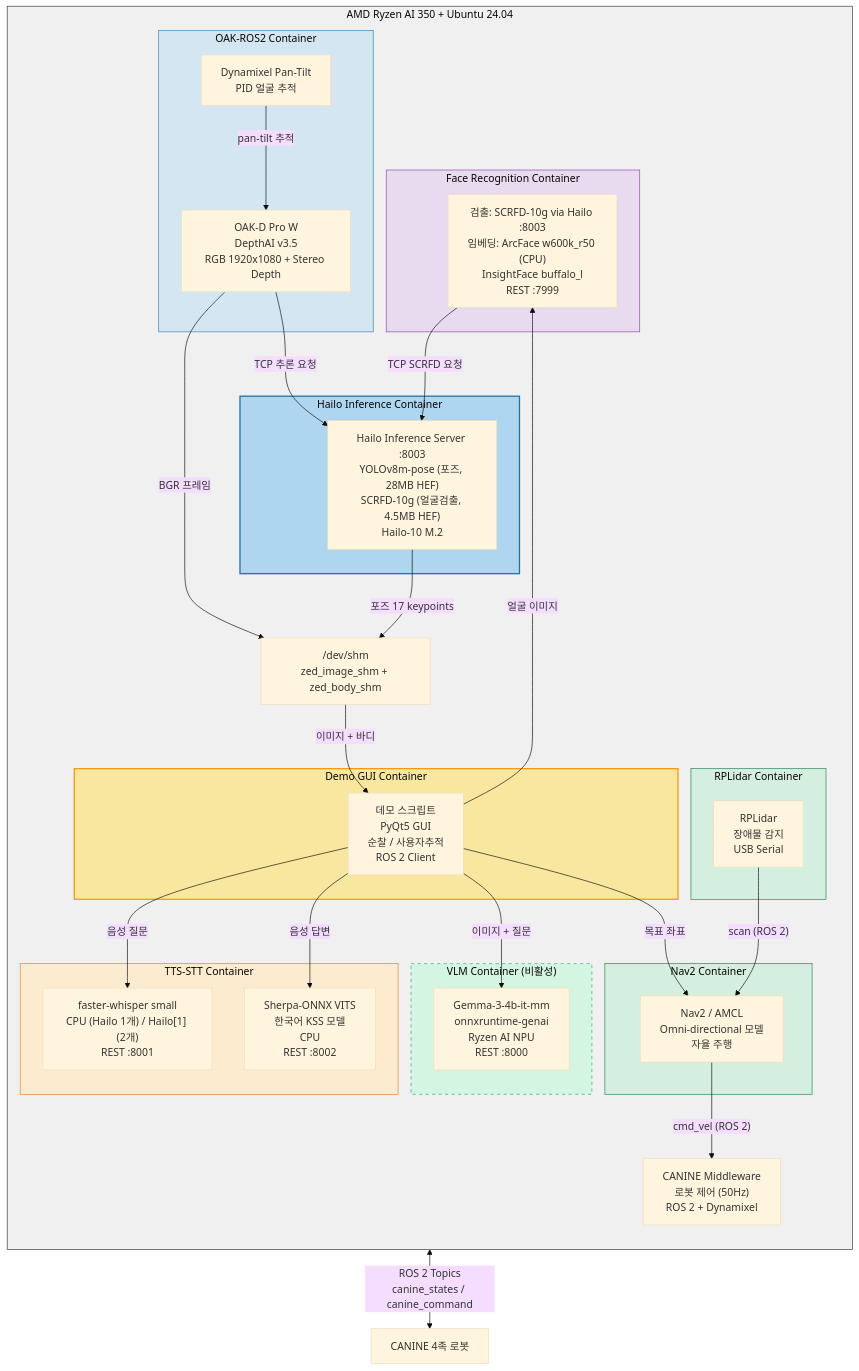
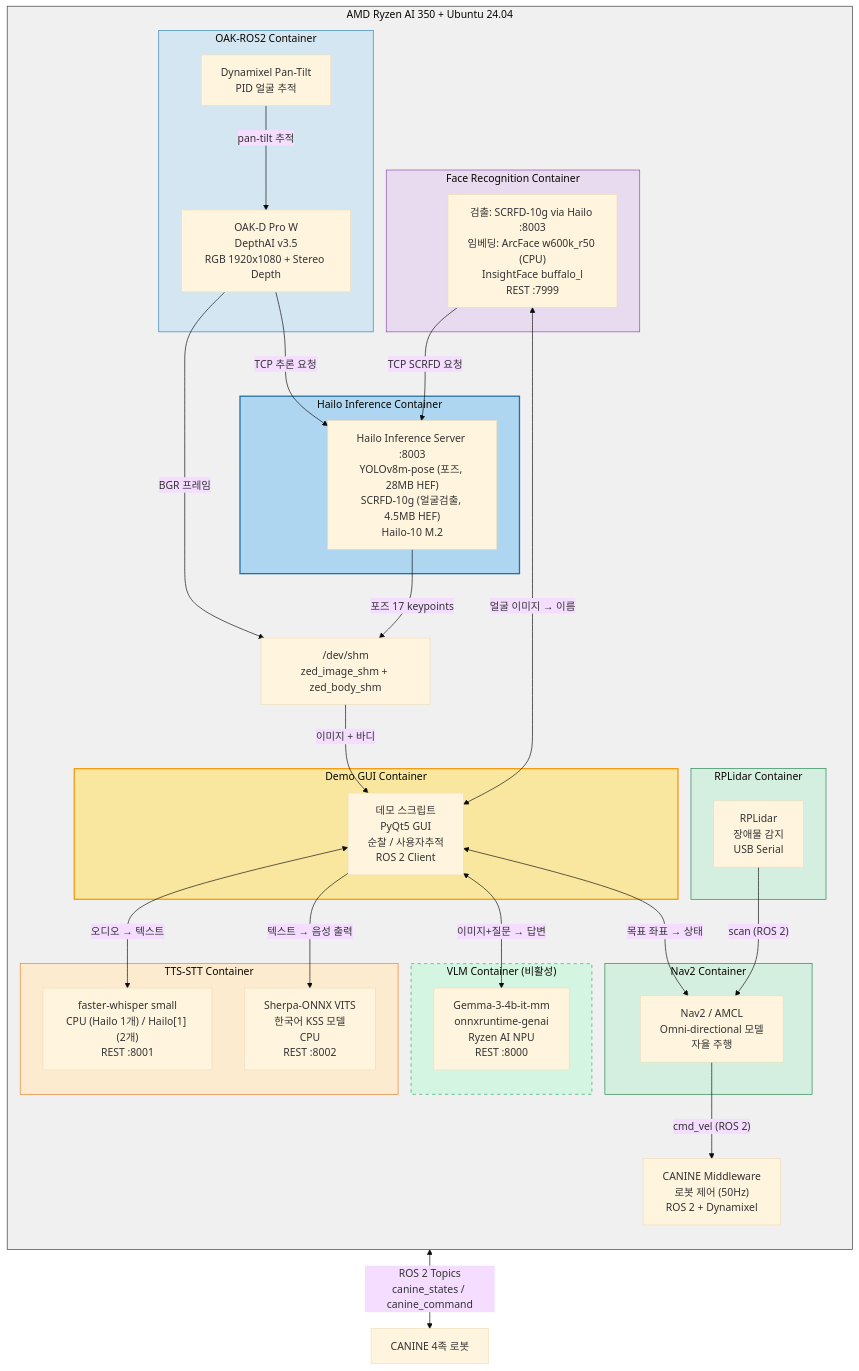
One commit to ETRI-OAC/ETRI-OAC-DEMO changed the diagram in README.md. Above: the diagram before and after it, drawn with Mermaid (base theme).

Commit message:
Fix diagram: show bidirectional data flow for STT, VLM, Face, Nav2

````diff
--- a/README.md
+++ b/README.md
@@ -5,71 +5,71 @@
 ```mermaid
 graph TB
     subgraph HOST["AMD Ryzen AI 350 + Ubuntu 24.04"]
         direction TB
 
         subgraph OAK["OAK-ROS2 Container"]
             CAM["OAK-D Pro W<br/>DepthAI v3.5<br/>RGB 1920x1080 + Stereo Depth"]
             PT["Dynamixel Pan-Tilt<br/>PID 얼굴 추적"]
         end
 
         subgraph DEMO_C["Demo GUI Container"]
             DEMO["데모 스크립트<br/>PyQt5 GUI<br/>순찰 / 사용자추적<br/>ROS 2 Client"]
         end
 
         subgraph HAILO_C["Hailo Inference Container"]
             HAILO_SRV["Hailo Inference Server :8003<br/>YOLOv8m-pose (포즈, 28MB HEF)<br/>SCRFD-10g (얼굴검출, 4.5MB HEF)<br/>Hailo-10 M.2"]
         end
 
         subgraph NAV_C["Nav2 Container"]
             NAV["Nav2 / AMCL<br/>Omni-directional 모델<br/>자율 주행"]
         end
 
         subgraph LIDAR_C["RPLidar Container"]
             LIDAR["RPLidar<br/>장애물 감지<br/>USB Serial"]
         end
 
         MW["CANINE Middleware<br/>로봇 제어 (50Hz)<br/>ROS 2 + Dynamixel"]
 
         subgraph VLM_C["VLM Container (비활성)"]
             VLM["Gemma-3-4b-it-mm<br/>onnxruntime-genai<br/>Ryzen AI NPU<br/>REST :8000"]
         end
 
         subgraph TTS_C["TTS-STT Container"]
             STT["faster-whisper small<br/>CPU (Hailo 1개) / Hailo[1] (2개)<br/>REST :8001"]
             TTS["Sherpa-ONNX VITS<br/>한국어 KSS 모델<br/>CPU<br/>REST :8002"]
         end
 
         subgraph FACE_C["Face Recognition Container"]
             FACE["검출: SCRFD-10g via Hailo :8003<br/>임베딩: ArcFace w600k_r50 (CPU)<br/>InsightFace buffalo_l<br/>REST :7999"]
         end
 
         SHM["/dev/shm<br/>zed_image_shm + zed_body_shm"]
     end
 
     ROBOT["CANINE 4족 로봇"]
 
     CAM -->|"BGR 프레임"| SHM
     HAILO_SRV -->|"포즈 17 keypoints"| SHM
     CAM -->|"TCP 추론 요청"| HAILO_SRV
     FACE -->|"TCP SCRFD 요청"| HAILO_SRV
     SHM -->|"이미지 + 바디"| DEMO
-    DEMO -->|"음성 질문"| STT
-    DEMO -->|"음성 답변"| TTS
-    DEMO -->|"이미지 + 질문"| VLM
-    DEMO -->|"얼굴 이미지"| FACE
-    DEMO -->|"목표 좌표"| NAV
+    DEMO <-->|"오디오 → 텍스트"| STT
+    DEMO -->|"텍스트 → 음성 출력"| TTS
+    DEMO <-->|"이미지+질문 → 답변"| VLM
+    DEMO <-->|"얼굴 이미지 → 이름"| FACE
+    DEMO <-->|"목표 좌표 → 상태"| NAV
     MW <-->|"ROS 2 Topics<br/>canine_states / canine_command"| ROBOT
     LIDAR -->|"scan (ROS 2)"| NAV
     NAV -->|"cmd_vel (ROS 2)"| MW
     PT -->|"pan-tilt 추적"| CAM
 
     style HOST fill:#f0f0f0,stroke:#333
     style OAK fill:#d4e6f1,stroke:#2980b9
     style HAILO_C fill:#aed6f1,stroke:#2471a3,stroke-width:2px
     style NAV_C fill:#d4efdf,stroke:#1e8449
     style LIDAR_C fill:#d4efdf,stroke:#1e8449
     style VLM_C fill:#d5f5e3,stroke:#27ae60,stroke-dasharray: 5 5
     style TTS_C fill:#fdebd0,stroke:#e67e22
     style FACE_C fill:#e8daef,stroke:#8e44ad
     style DEMO_C fill:#f9e79f,stroke:#f39c12,stroke-width:2px
 ```
````
